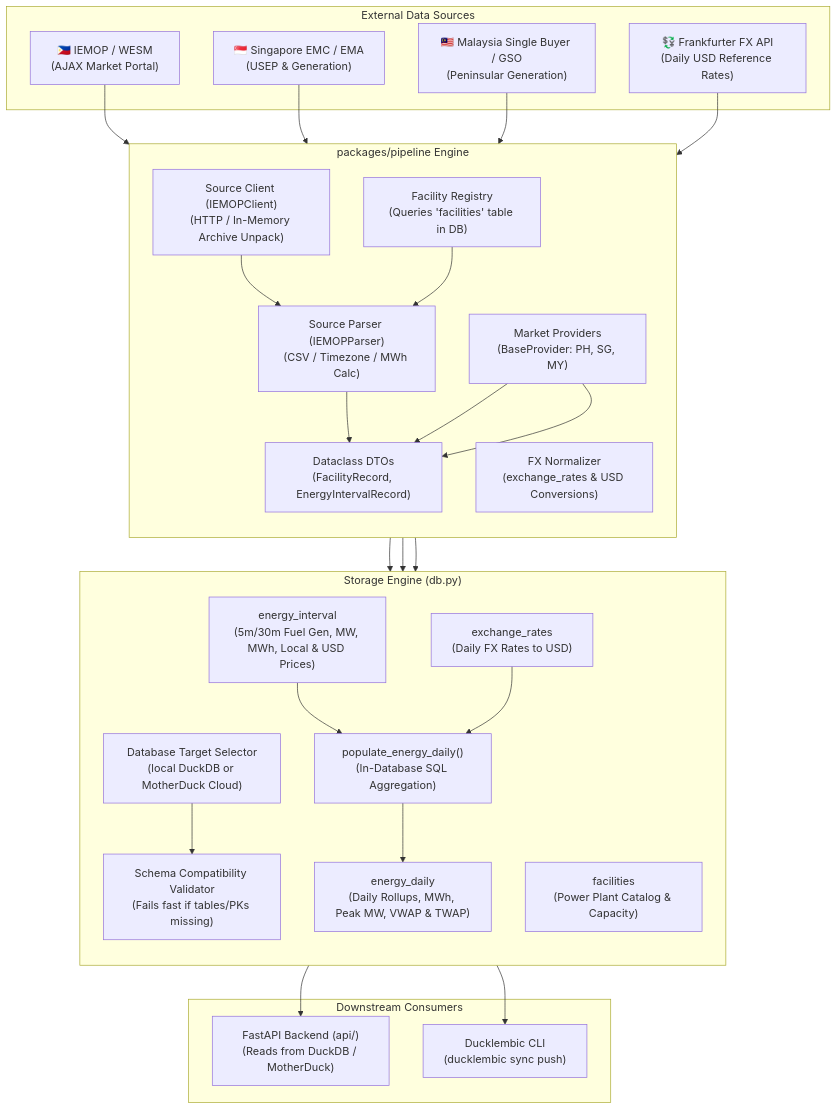
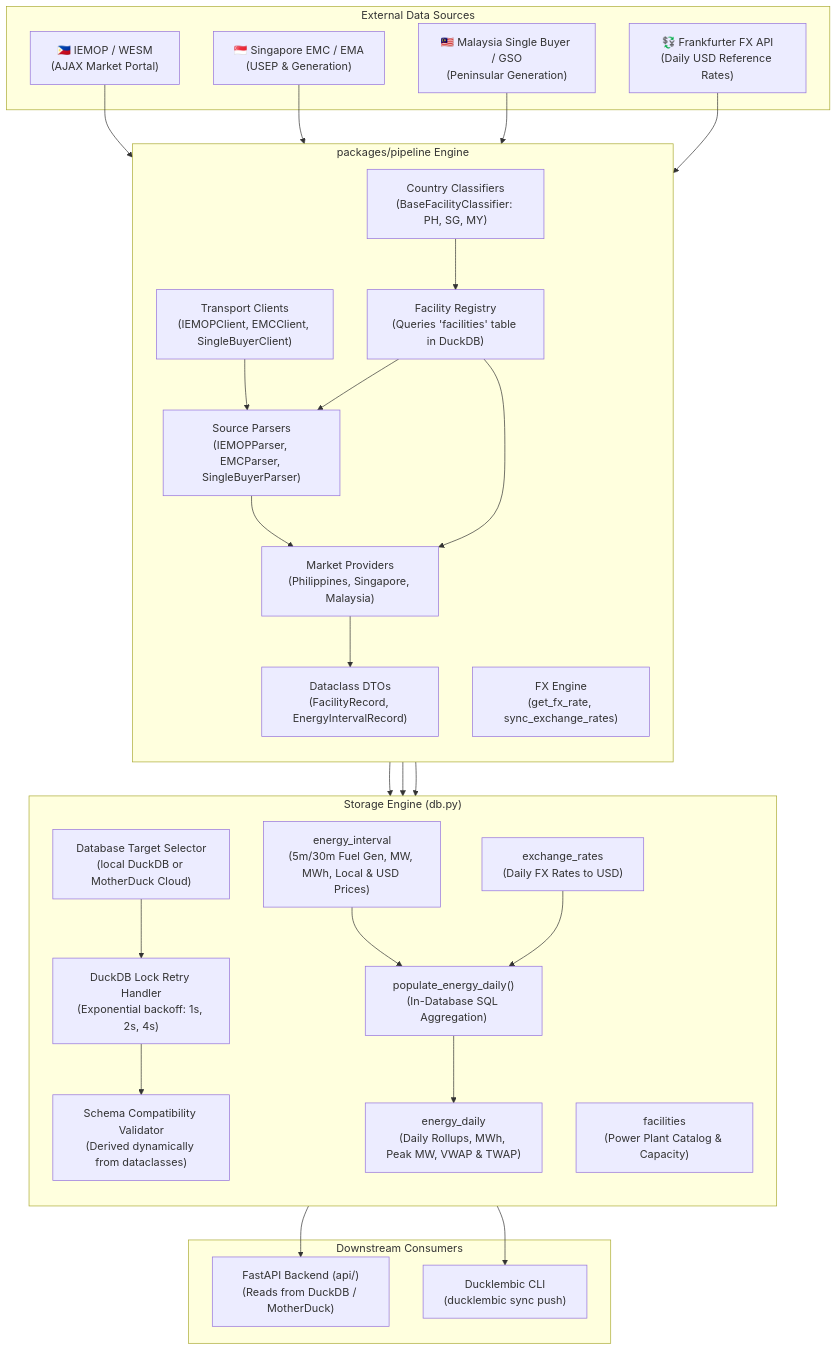
The diagram in packages/pipeline/README.md (kristian-guinto/open-electricity), drawn with Mermaid before and after one commit. The commit also changed other lines of this file and 8 other files, not shown here.

First line of the commit message:
feat(pipeline): implement real market data providers for Singapore and Malaysia

````diff
--- a/packages/pipeline/README.md
+++ b/packages/pipeline/README.md
@@ -62,53 +66,61 @@
 ```mermaid
 flowchart TD
     subgraph ExternalSources["External Data Sources"]
         IEMOP["🇵🇭 IEMOP / WESM<br/>(AJAX Market Portal)"]
         EMC["🇸🇬 Singapore EMC / EMA<br/>(USEP & Generation)"]
         SB["🇲🇾 Malaysia Single Buyer / GSO<br/>(Peninsular Generation)"]
         Frankfurter["💱 Frankfurter FX API<br/>(Daily USD Reference Rates)"]
     end
 
     subgraph PipelineEngine["packages/pipeline Engine"]
         direction TB
-        Client["Source Client (IEMOPClient)<br/>(HTTP / In-Memory Archive Unpack)"]
-        Parser["Source Parser (IEMOPParser)<br/>(CSV / Timezone / MWh Calc)"]
-        Registry["Facility Registry<br/>(Queries 'facilities' table in DB)"]
-        FX["FX Normalizer<br/>(exchange_rates & USD Conversions)"]
-        Providers["Market Providers<br/>(BaseProvider: PH, SG, MY)"]
+        Clients["Transport Clients<br/>(IEMOPClient, EMCClient, SingleBuyerClient)"]
+        Parsers["Source Parsers<br/>(IEMOPParser, EMCParser, SingleBuyerParser)"]
+        Classifiers["Country Classifiers<br/>(BaseFacilityClassifier: PH, SG, MY)"]
+        Registry["Facility Registry<br/>(Queries 'facilities' table in DuckDB)"]
+        Providers["Market Providers<br/>(Philippines, Singapore, Malaysia)"]
         Models["Dataclass DTOs<br/>(FacilityRecord, EnergyIntervalRecord)"]
+        FX["FX Engine<br/>(get_fx_rate, sync_exchange_rates)"]
 
-        IEMOP --> Client --> Parser --> Models
-        Registry --> Parser
-        EMC --> Providers --> Models
-        SB --> Providers --> Models
+        IEMOP --> Clients
+        EMC --> Clients
+        SB --> Clients
         Frankfurter --> FX
+
+        Clients --> Parsers
+        Classifiers --> Registry
+        Registry --> Parsers
+        Registry --> Providers
+        Parsers --> Providers
+        Providers --> Models
     end
 
     subgraph StorageLayer["Storage Engine (db.py)"]
         direction TB
         TargetSelector["Database Target Selector<br/>(local DuckDB or MotherDuck Cloud)"]
-        Validator["Schema Compatibility Validator<br/>(Fails fast if tables/PKs missing)"]
+        LockHandler["DuckDB Lock Retry Handler<br/>(Exponential backoff: 1s, 2s, 4s)"]
+        Validator["Schema Compatibility Validator<br/>(Derived dynamically from dataclasses)"]
         FacilitiesTbl["facilities<br/>(Power Plant Catalog & Capacity)"]
         FXTbl["exchange_rates<br/>(Daily FX Rates to USD)"]
         IntervalTbl["energy_interval<br/>(5m/30m Fuel Gen, MW, MWh, Local & USD Prices)"]
         DailyTbl["energy_daily<br/>(Daily Rollups, MWh, Peak MW, VWAP & TWAP)"]
         RollupEngine["populate_energy_daily()<br/>(In-Database SQL Aggregation)"]
 
-        TargetSelector --> Validator
+        TargetSelector --> LockHandler --> Validator
         Models --> IntervalTbl
         Models --> FacilitiesTbl
         FX --> FXTbl
 
         IntervalTbl --> RollupEngine
         FXTbl --> RollupEngine
         RollupEngine --> DailyTbl
     end
 
     subgraph Downstream["Downstream Consumers"]
         FastAPI["FastAPI Backend (api/)<br/>(Reads from DuckDB / MotherDuck)"]
         Ducklembic["Ducklembic CLI<br/>(ducklembic sync push)"]
     end
 
     DailyTbl --> FastAPI
     StorageLayer --> Ducklembic
 ```
````
